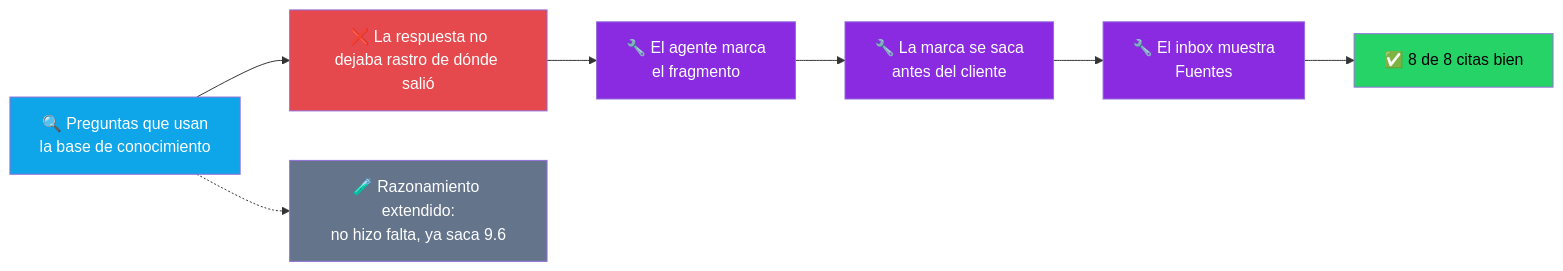
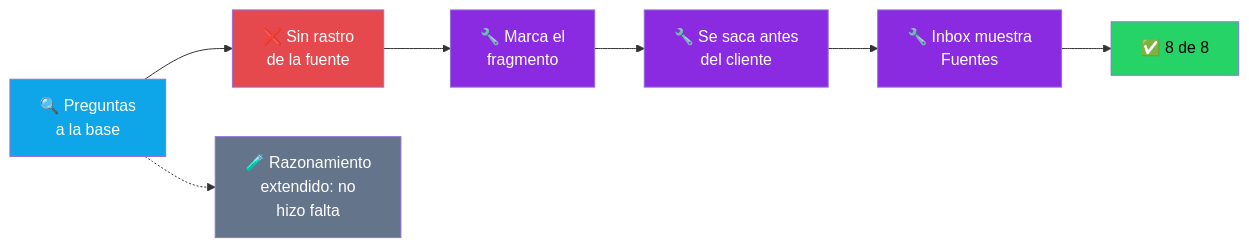
Before and after one commit to grancobud/arm-whatsapp: diagram 14 of 15 in README.md, drawn with Mermaid. The commit also changed other lines of this file, not shown here.

Commit message:
docs: diagramas de auditoría más compactos (entran en pantallas angostas)

````diff
--- a/README.md
+++ b/README.md
@@ -391,17 +363,14 @@
 ```mermaid
 flowchart LR
-    P[🔍 Preguntas que usan<br/>la base de conocimiento] --> F[❌ La respuesta no<br/>dejaba rastro de dónde salió]
-    F --> M1[🔧 El agente marca<br/>el fragmento]
-    M1 --> M2[🔧 La marca se saca<br/>antes del cliente]
-    M2 --> M3[🔧 El inbox muestra<br/>Fuentes]
-    M3 --> R[✅ 8 de 8 citas bien]
-    P -.-> X[🧪 Razonamiento extendido:<br/>no hizo falta, ya saca 9.6]
-
-    style P fill:#0EA5E9,color:#fff
-    style F fill:#E5484D,color:#fff
-    style M1 fill:#8A2BE2,color:#fff
-    style M2 fill:#8A2BE2,color:#fff
-    style M3 fill:#8A2BE2,color:#fff
-    style R fill:#25D366,color:#000
-    style X fill:#64748B,color:#fff
+    P[🔍 Preguntas<br/>a la base]:::p --> F[❌ Sin rastro<br/>de la fuente]:::f
+    F --> M1[🔧 Marca el<br/>fragmento]:::m
+    M1 --> M2[🔧 Se saca antes<br/>del cliente]:::m
+    M2 --> M3[🔧 Inbox muestra<br/>Fuentes]:::m
+    M3 --> R[✅ 8 de 8]:::r
+    P -.-> X[🧪 Razonamiento<br/>extendido: no<br/>hizo falta]:::x
+    classDef p fill:#0EA5E9,color:#fff
+    classDef f fill:#E5484D,color:#fff
+    classDef m fill:#8A2BE2,color:#fff
+    classDef r fill:#25D366,color:#000
+    classDef x fill:#64748B,color:#fff
 ```
````
